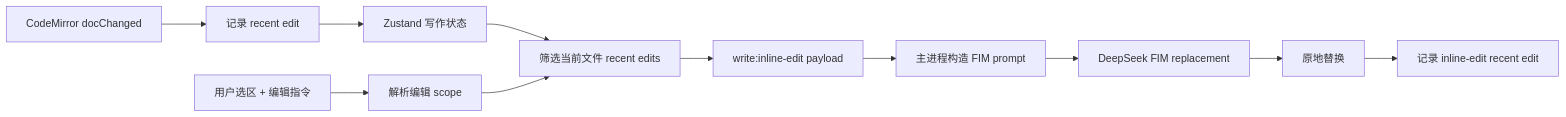
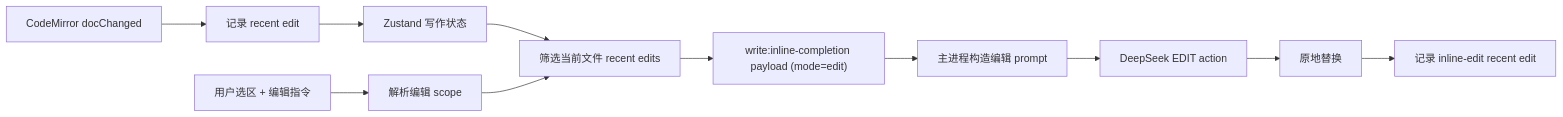
The diagram in docs/WRITE_INLINE_EDIT_RECENT_EDITS.zh-CN.md (kanniganfan/DeepSeek-GUI-For-Linux), drawn with Mermaid before and after one commit. The commit also changed other lines of this file and 555 other files, not shown here.

````diff
--- a/docs/WRITE_INLINE_EDIT_RECENT_EDITS.zh-CN.md
+++ b/docs/WRITE_INLINE_EDIT_RECENT_EDITS.zh-CN.md
@@ -148,13 +148,13 @@
 ```mermaid
 flowchart LR
   A["CodeMirror docChanged"] --> B["记录 recent edit"]
   B --> C["Zustand 写作状态"]
   D["用户选区 + 编辑指令"] --> E["解析编辑 scope"]
   C --> F["筛选当前文件 recent edits"]
   E --> F
-  F --> G["write:inline-edit payload"]
-  G --> H["主进程构造 FIM prompt"]
-  H --> I["DeepSeek FIM replacement"]
+  F --> G["write:inline-completion payload (mode=edit)"]
+  G --> H["主进程构造编辑 prompt"]
+  H --> I["DeepSeek EDIT action"]
   I --> J["原地替换"]
   J --> K["记录 inline-edit recent edit"]
 ```
````
